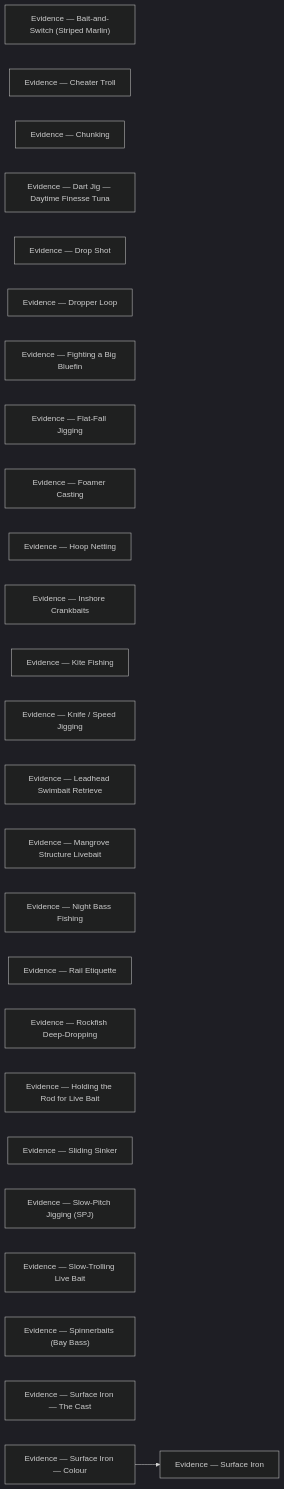
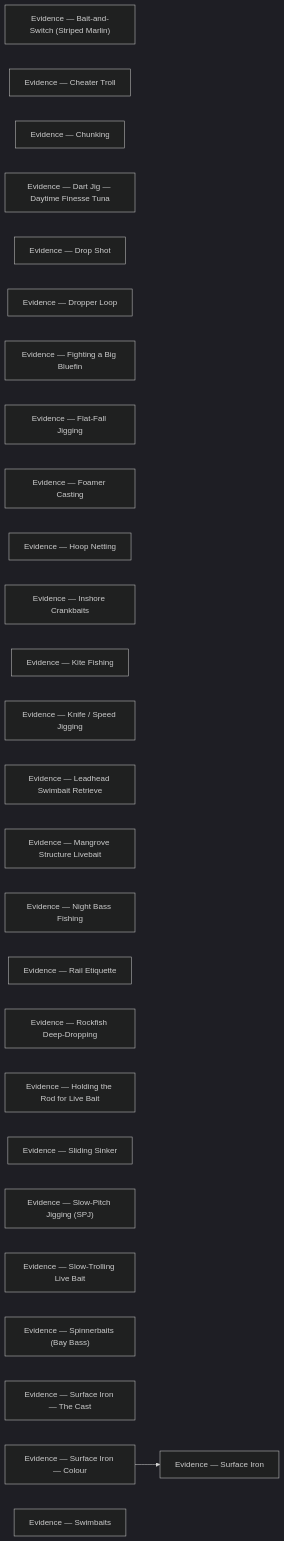
One commit to camchuckpete-max/Socal-Fishing-Knowledge changed the diagram in techniques/evidence/README.md. Above: the diagram before and after it, drawn with Mermaid (dark theme). The commit also changed other lines of this file and 9 other files, not shown here.

````diff
--- a/techniques/evidence/README.md
+++ b/techniques/evidence/README.md
@@ -39,30 +40,31 @@
 ```mermaid
 graph LR
   n0["Evidence — Bait-and-Switch (Striped Marlin)"]
   n1["Evidence — Cheater Troll"]
   n2["Evidence — Chunking"]
   n3["Evidence — Dart Jig — Daytime Finesse Tuna"]
   n4["Evidence — Drop Shot"]
   n5["Evidence — Dropper Loop"]
   n6["Evidence — Fighting a Big Bluefin"]
   n7["Evidence — Flat-Fall Jigging"]
   n8["Evidence — Foamer Casting"]
   n9["Evidence — Hoop Netting"]
   n10["Evidence — Inshore Crankbaits"]
   n11["Evidence — Kite Fishing"]
   n12["Evidence — Knife / Speed Jigging"]
   n13["Evidence — Leadhead Swimbait Retrieve"]
   n14["Evidence — Mangrove Structure Livebait"]
   n15["Evidence — Night Bass Fishing"]
   n16["Evidence — Rail Etiquette"]
   n17["Evidence — Rockfish Deep-Dropping"]
   n18["Evidence — Holding the Rod for Live Bait"]
   n19["Evidence — Sliding Sinker"]
   n20["Evidence — Slow-Pitch Jigging (SPJ)"]
   n21["Evidence — Slow-Trolling Live Bait"]
   n22["Evidence — Spinnerbaits (Bay Bass)"]
   n23["Evidence — Surface Iron — The Cast"]
   n24["Evidence — Surface Iron — Colour"]
   n25["Evidence — Surface Iron"]
+  n26["Evidence — Swimbaits"]
   n24 --> n25
 ```
````
